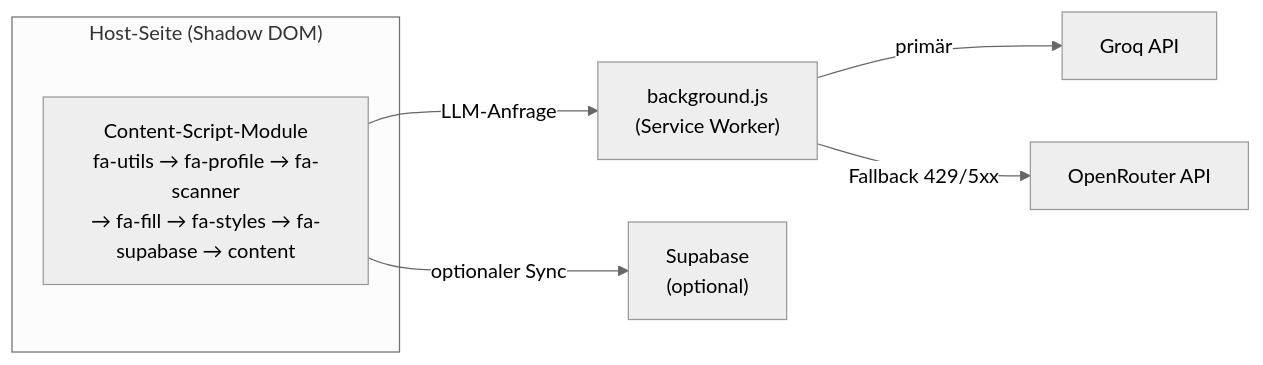
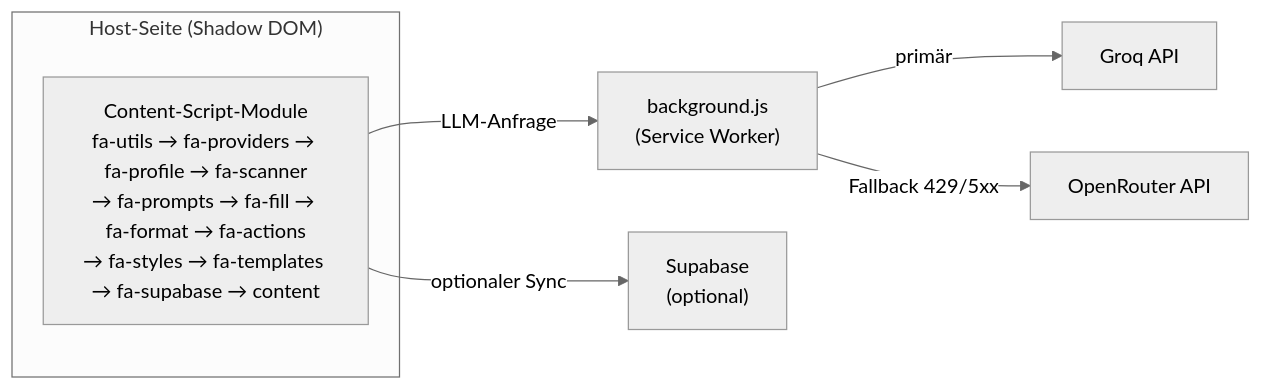
Before and after one commit to ujjwalmak/form-ai-assistant: the diagram in docs/architektur.md, drawn with Mermaid (neutral theme). The commit also changed other lines of this file and 12 other files, not shown here.

````diff
--- a/docs/architektur.md
+++ b/docs/architektur.md
@@ -29,15 +29,15 @@
 ```mermaid
 flowchart LR
     subgraph Seite["Host-Seite (Shadow DOM)"]
-      CS["Content-Script-Module<br/>fa-utils → fa-profile → fa-scanner<br/>→ fa-fill → fa-styles → fa-supabase → content"]
+      CS["Content-Script-Module<br/>fa-utils → fa-providers → fa-profile → fa-scanner<br/>→ fa-prompts → fa-fill → fa-format → fa-actions<br/>→ fa-styles → fa-templates → fa-supabase → content"]
     end
     SW["background.js<br/>(Service Worker)"]
     Groq["Groq API"]
     OR["OpenRouter API"]
     SB["Supabase<br/>(optional)"]
 
     CS -- "LLM-Anfrage" --> SW
     SW -- "primär" --> Groq
     SW -- "Fallback 429/5xx" --> OR
     CS -- "optionaler Sync" --> SB
 ```
````
